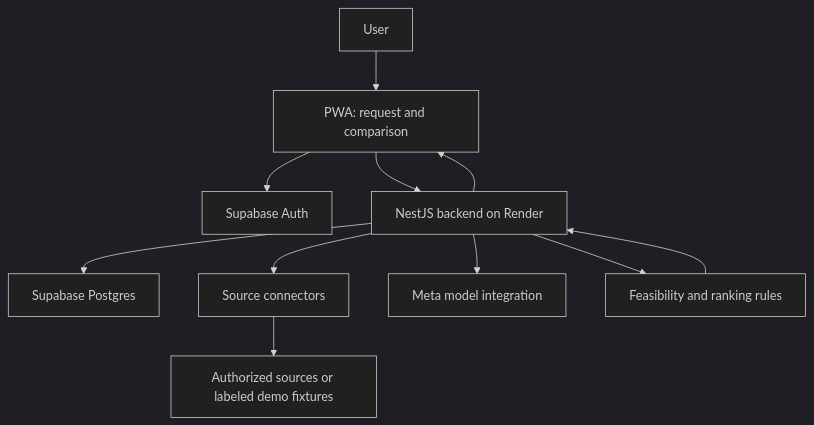
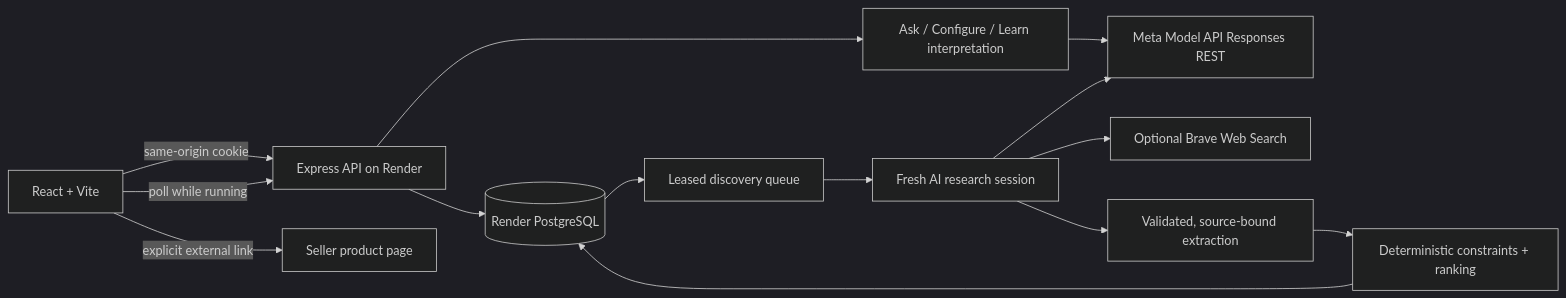
Before and after one commit to meta-hackers/fairbuy: the diagram in Architecture.md, drawn with Mermaid (dark theme). The commit also changed other lines of this file and 62 other files, not shown here.

First line of the commit message:
FairBuy full-stack app: Ask-Configure-Discovery-Learn-Buy with Meta Model API

````diff
--- a/Architecture.md
+++ b/Architecture.md
@@ -9,13 +5,16 @@
 ```mermaid
-flowchart TD
-    User[User] --> PWA[PWA: request and comparison]
-    PWA --> Auth[Supabase Auth]
-    PWA --> API[NestJS backend on Render]
-    API --> Data[Supabase Postgres]
-    API --> Connectors[Source connectors]
-    API --> AI[Meta model integration]
-    Connectors --> Sources[Authorized sources or labeled demo fixtures]
-    API --> Ranking[Feasibility and ranking rules]
-    Ranking --> API
-    API --> PWA
+flowchart LR
+  Browser[React + Vite] -->|same-origin cookie| API[Express API on Render]
+  API --> DB[(Render PostgreSQL)]
+  API --> Ask[Ask / Configure / Learn interpretation]
+  Ask --> Meta[Meta Model API Responses REST]
+  DB --> Worker[Leased discovery queue]
+  Worker --> Research[Fresh AI research session]
+  Research --> Meta
+  Research --> Brave[Optional Brave Web Search]
+  Research --> Extraction[Validated, source-bound extraction]
+  Extraction --> Ranking[Deterministic constraints + ranking]
+  Ranking --> DB
+  Browser -->|poll while running| API
+  Browser -->|explicit external link| Seller[Seller product page]
 ```
````
